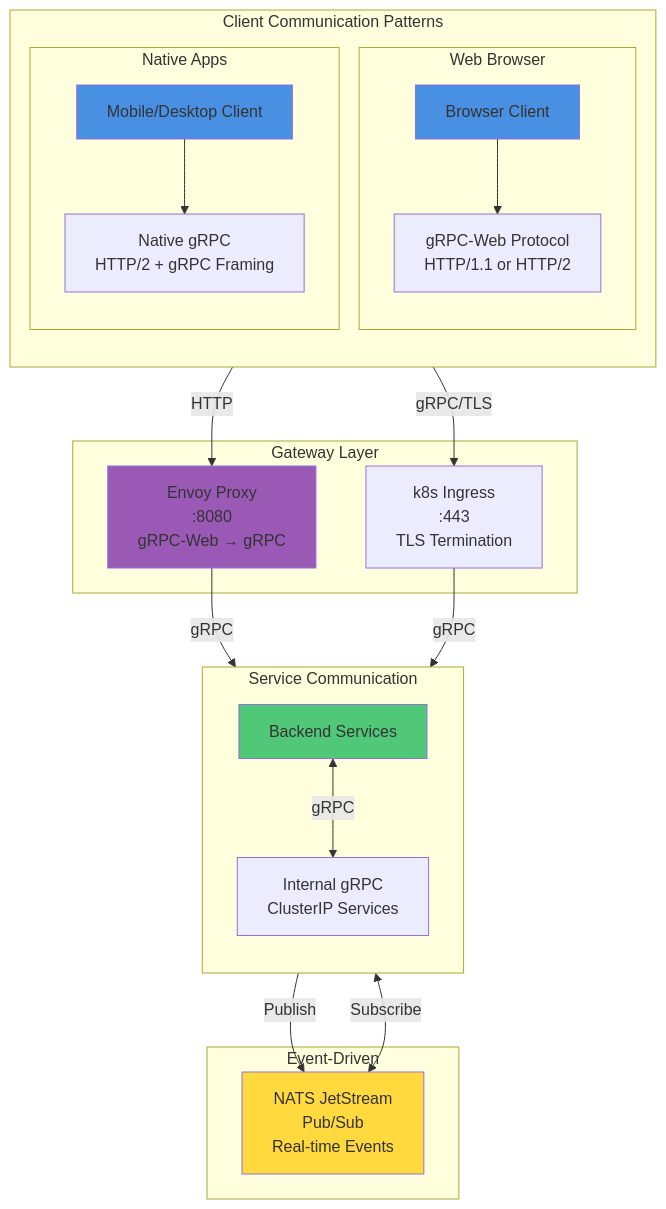
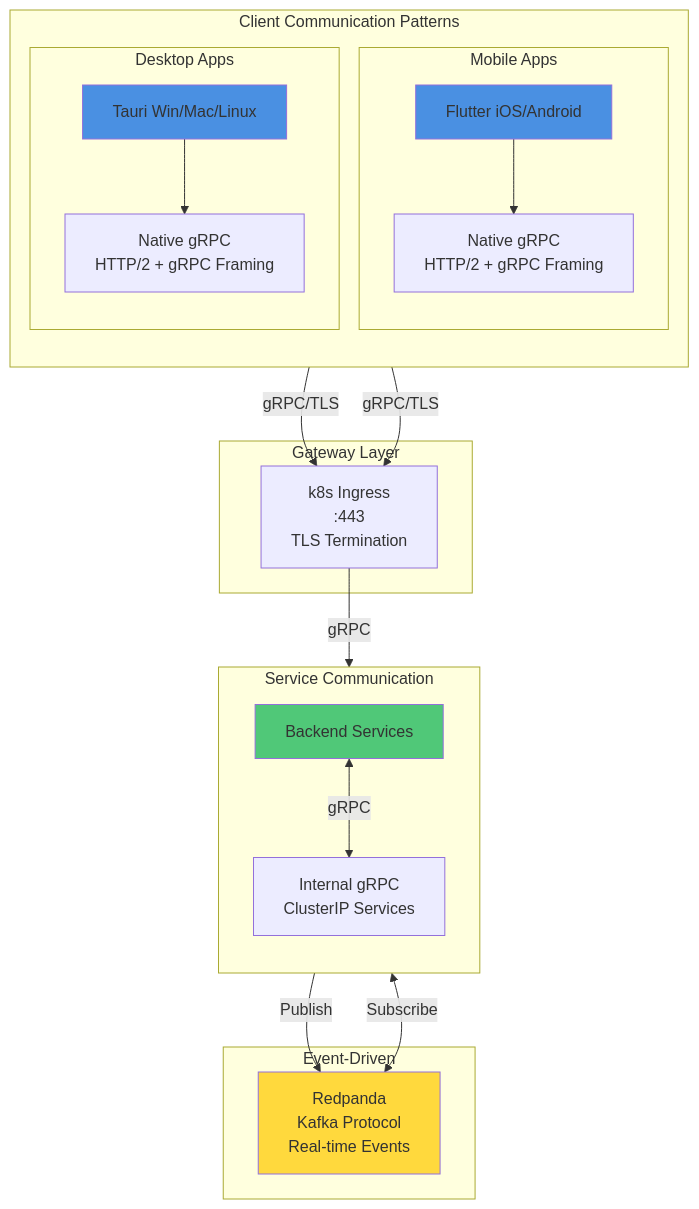
One commit to guardyn/guardyn changed the seventh of 7 diagrams in docs/ARCHITECTURE.md. Above: the diagram before and after it, drawn with Mermaid. The commit also changed other lines of this file and 18 other files, not shown here.

First line of the commit message:
feat: migrate messaging from NATS to Redpanda

````diff
--- a/docs/ARCHITECTURE.md
+++ b/docs/ARCHITECTURE.md
@@ -413,50 +430,47 @@
 ```mermaid
 graph TB
     subgraph "Client Communication Patterns"
         direction TB
 
-        subgraph "Web Browser"
-            Browser[Browser Client]
-            GRPCWeb[gRPC-Web Protocol<br/>HTTP/1.1 or HTTP/2]
+        subgraph "Mobile Apps"
+            Mobile[Flutter iOS/Android]
+            MobileGRPC[Native gRPC<br/>HTTP/2 + gRPC Framing]
         end
 
-        subgraph "Native Apps"
-            Mobile[Mobile/Desktop Client]
-            NativeGRPC[Native gRPC<br/>HTTP/2 + gRPC Framing]
+        subgraph "Desktop Apps"
+            Desktop[Tauri Win/Mac/Linux]
+            DesktopGRPC[Native gRPC<br/>HTTP/2 + gRPC Framing]
         end
     end
 
     subgraph "Gateway Layer"
-        Envoy[Envoy Proxy<br/>:8080<br/>gRPC-Web → gRPC]
         Ingress[k8s Ingress<br/>:443<br/>TLS Termination]
     end
 
     subgraph "Service Communication"
         direction TB
         Services[Backend Services]
         Internal[Internal gRPC<br/>ClusterIP Services]
     end
 
     subgraph "Event-Driven"
-        NATS[NATS JetStream<br/>Pub/Sub<br/>Real-time Events]
+        Redpanda[Redpanda<br/>Kafka Protocol<br/>Real-time Events]
     end
 
-    Browser --> GRPCWeb
-    GRPCWeb -->|HTTP| Envoy
+    Mobile --> MobileGRPC
+    MobileGRPC -->|gRPC/TLS| Ingress
 
-    Mobile --> NativeGRPC
-    NativeGRPC -->|gRPC/TLS| Ingress
+    Desktop --> DesktopGRPC
+    DesktopGRPC -->|gRPC/TLS| Ingress
 
-    Envoy -->|gRPC| Services
     Ingress -->|gRPC| Services
 
     Services <-->|gRPC| Internal
-    Services -->|Publish| NATS
-    Services <-->|Subscribe| NATS
+    Services -->|Publish| Redpanda
+    Services <-->|Subscribe| Redpanda
 
-    style Browser fill:#4A90E2
     style Mobile fill:#4A90E2
-    style Envoy fill:#9B59B6
+    style Desktop fill:#4A90E2
     style Services fill:#50C878
-    style NATS fill:#FFD93D
+    style Redpanda fill:#FFD93D
 ```
````
